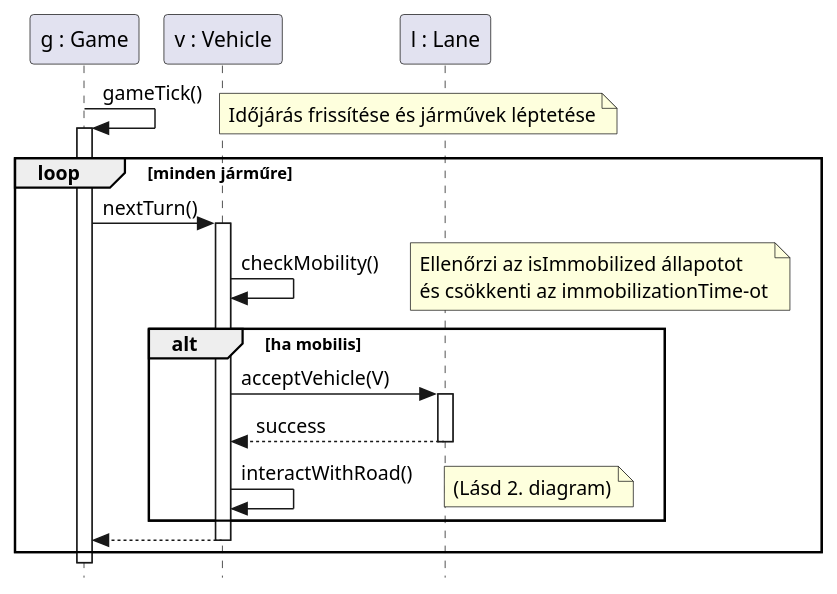
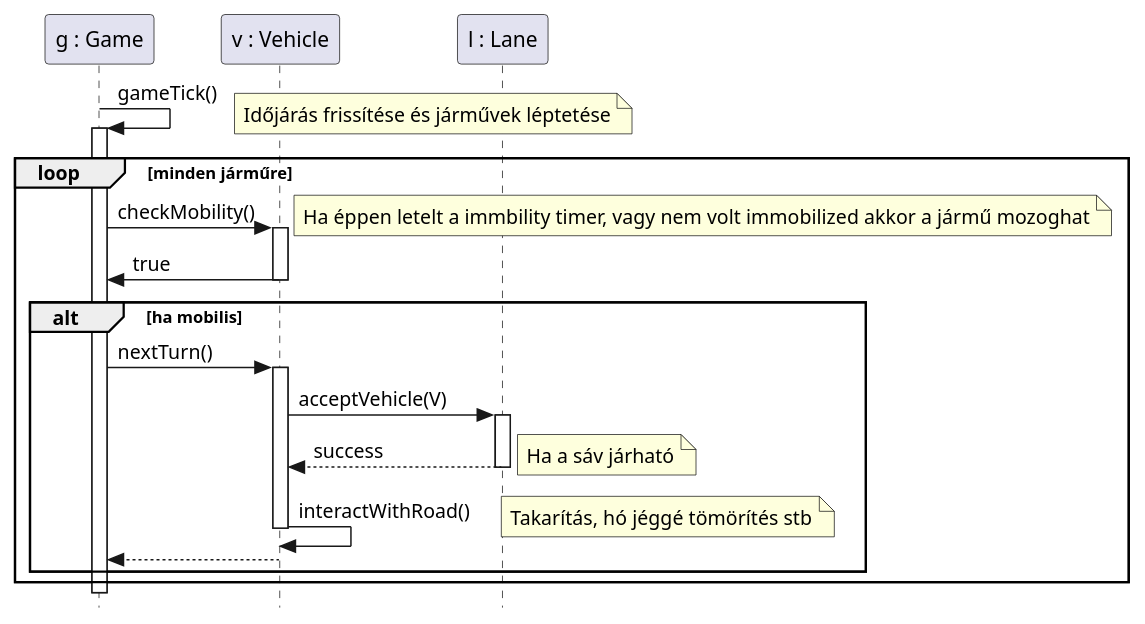
The diagram in docs/diagrams/uc_extra.puml (toth-andor/UneNotteANapoli), drawn with PlantUML before and after one commit. The commit also changed 25 other files, not shown here.

Commit message:
update sequence diagrams

```diff
--- a/docs/diagrams/uc_extra.puml
+++ b/docs/diagrams/uc_extra.puml
@@ -1,29 +1,33 @@
 @startuml
 skinparam style strictuml
 participant "g : Game" as G
 participant "v : Vehicle" as V
 participant "l : Lane" as L
 
 G -> G : gameTick()
 activate G
     note right: Időjárás frissítése és járművek léptetése
     loop minden járműre
-        G -> V : nextTurn()
+        G -> V : checkMobility() 
+        note right: Ha éppen letelt a immbility timer, vagy nem volt immobilized akkor a jármű mozoghat
         activate V
-            V -> V : checkMobility()
-            note right: Ellenőrzi az isImmobilized állapotot\nés csökkenti az immobilizationTime-ot
-            
-            alt ha mobilis
+        V -> G : true
+        deactivate V
+
+        alt ha mobilis
+            G -> V : nextTurn()
+            activate V
                 V -> L : acceptVehicle(V)
                 activate L
-                L --> V : success
+                L --> V : success 
+                note right: Ha a sáv járható
                 deactivate L
                 
                 V -> V : interactWithRoad()
-                note right: (Lásd 2. diagram)
-            end
-        V --> G
-        deactivate V
+                note right: Takarítás, hó jéggé tömörítés stb
+            deactivate V
+            V --> G
+        end
     end
 deactivate G
 @enduml
```
